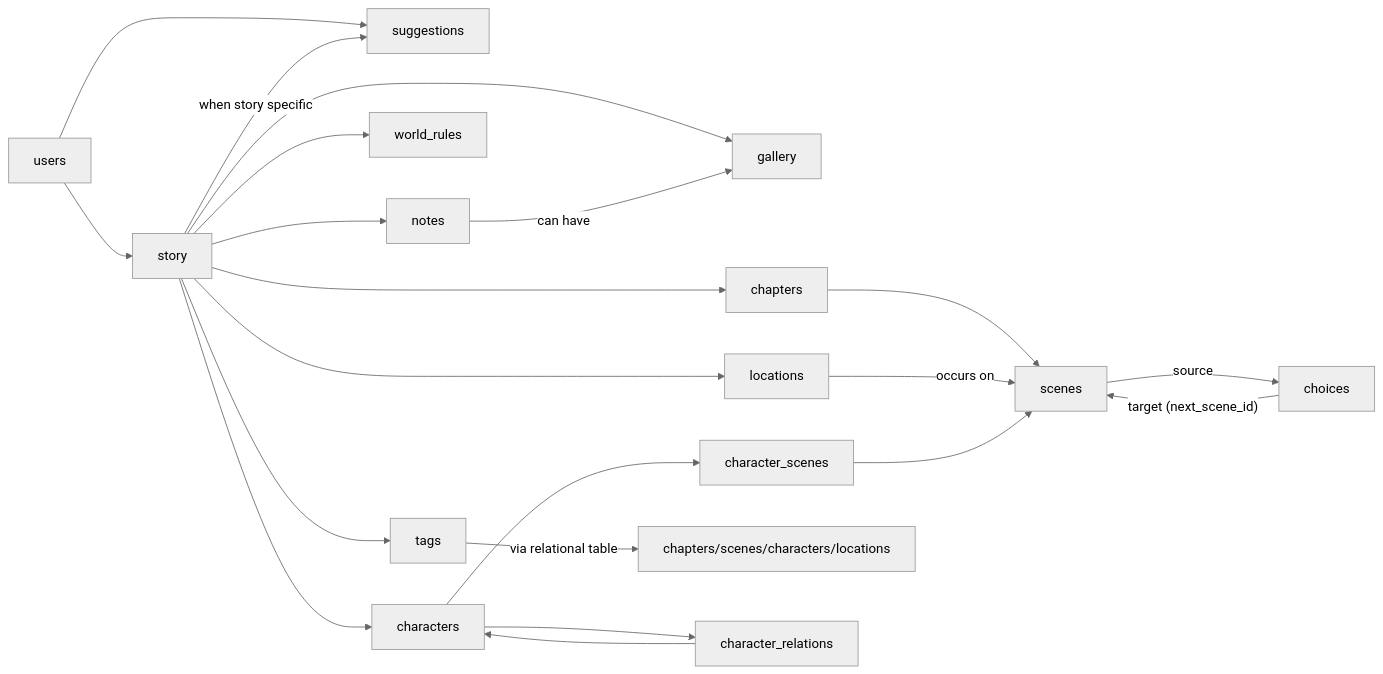
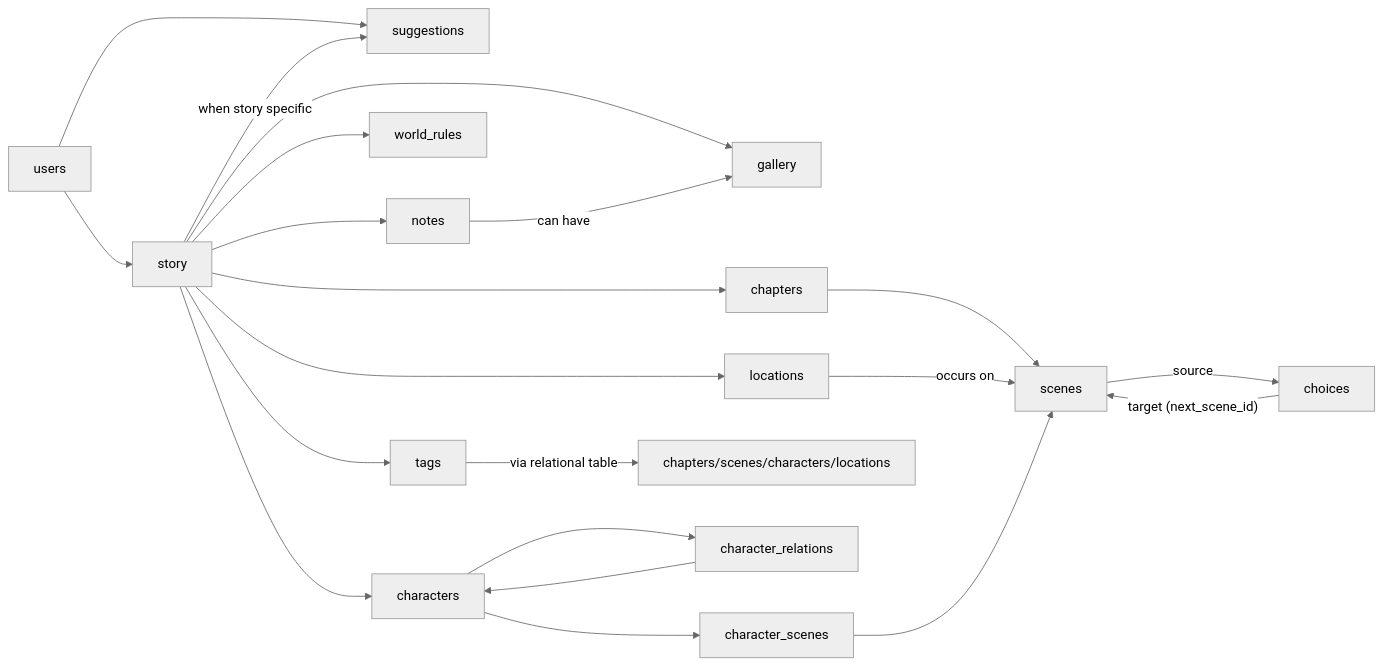
The diagram in docs/project_plan.md (CaioFViana/Keres), drawn with Mermaid (neutral theme) before and after one commit. The commit also changed other lines of this file and 5 other files, not shown here.

````diff
--- a/docs/project_plan.md
+++ b/docs/project_plan.md
@@ -288,29 +103,30 @@
 ```mermaid
 graph LR
     users --> story
     users --> suggestions
 
     story --> characters
     story --> gallery
     story --> chapters
     story --> locations
     story --> world_rules
     story --> notes
     story --> tags
     story -- when story specific --> suggestions
 
     chapters --> scenes
     locations -- occurs on--> scenes
 
     scenes -- source --> choices
     choices -- target (next_scene_id) --> scenes
 
-    characters --> character_scenes
-    character_scenes --> scenes
-
     tags -- via relational table --> chapters/scenes/characters/locations
     characters --> character_relations
     character_relations --> characters
 
+    characters --> character_scenes
+    character_scenes --> scenes
+
+
     notes -- can have --> gallery
 ```
````
